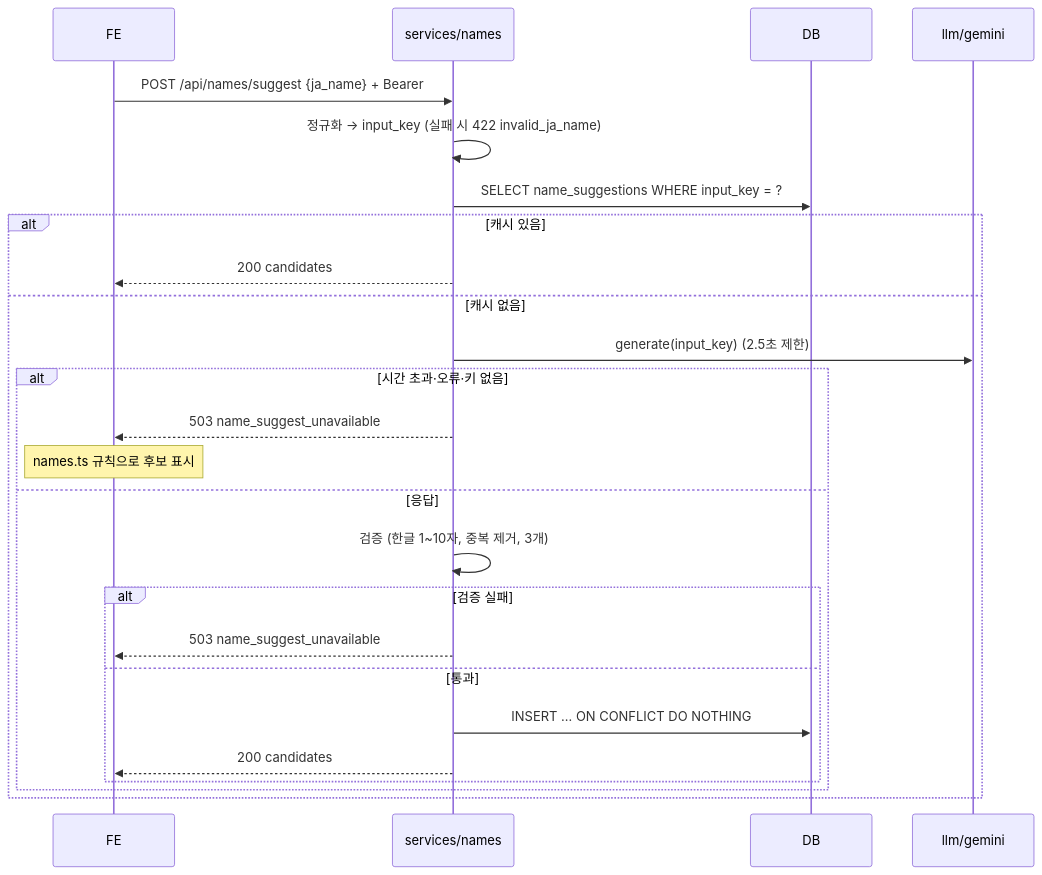
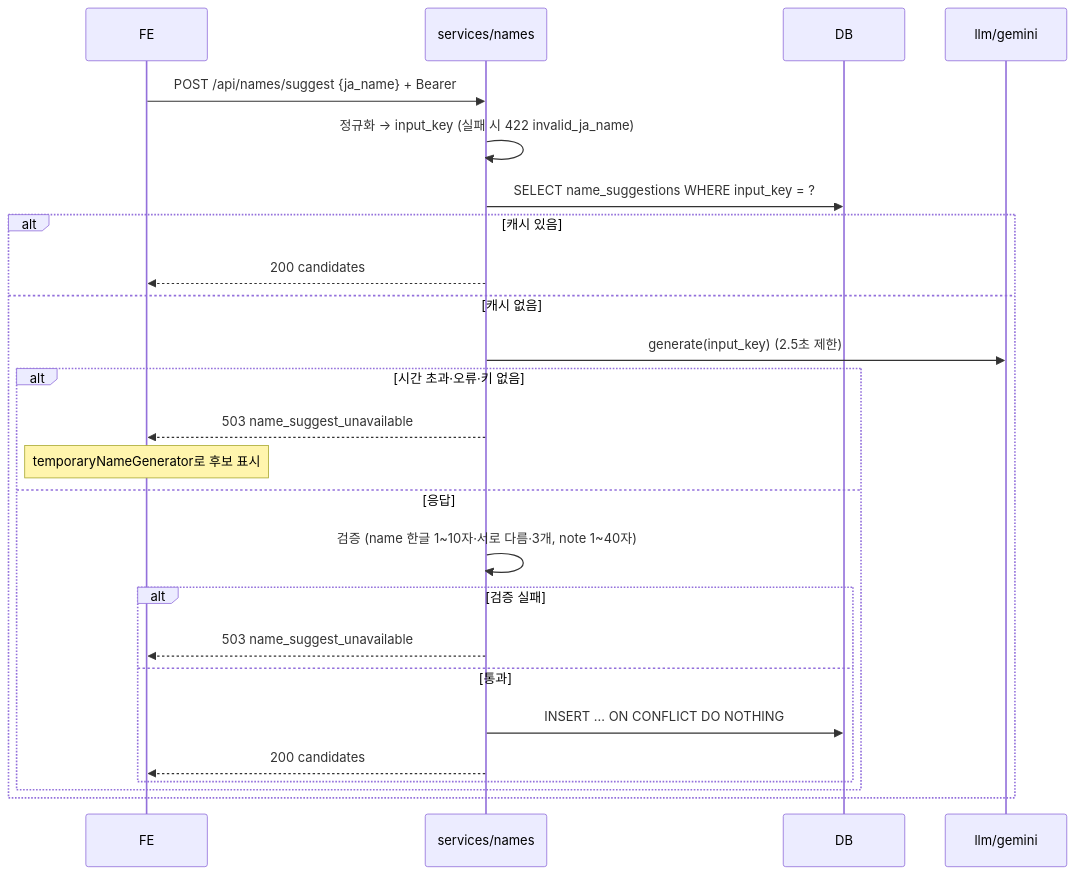
One commit to OurVacation/ichimadi changed the fourth of 4 diagrams in docs/design/backend-architecture.md. Above: the diagram before and after it, drawn with Mermaid. The commit also changed other lines of this file and 6 other files, not shown here.

````diff
--- a/docs/design/backend-architecture.md
+++ b/docs/design/backend-architecture.md
@@ -120,27 +120,27 @@
 ```mermaid
 sequenceDiagram
   participant FE
   participant S as services/names
   participant DB
   participant G as llm/gemini
   FE->>S: POST /api/names/suggest {ja_name} + Bearer
   S->>S: 정규화 → input_key (실패 시 422 invalid_ja_name)
   S->>DB: SELECT name_suggestions WHERE input_key = ?
   alt 캐시 있음
     S-->>FE: 200 candidates
   else 캐시 없음
     S->>G: generate(input_key) (2.5초 제한)
     alt 시간 초과·오류·키 없음
       S-->>FE: 503 name_suggest_unavailable
-      Note over FE: names.ts 규칙으로 후보 표시
+      Note over FE: temporaryNameGenerator로 후보 표시
     else 응답
-      S->>S: 검증 (한글 1~10자, 중복 제거, 3개)
+      S->>S: 검증 (name 한글 1~10자·서로 다름·3개, note 1~40자)
       alt 검증 실패
         S-->>FE: 503 name_suggest_unavailable
       else 통과
         S->>DB: INSERT … ON CONFLICT DO NOTHING
         S-->>FE: 200 candidates
       end
     end
   end
 ```
````
